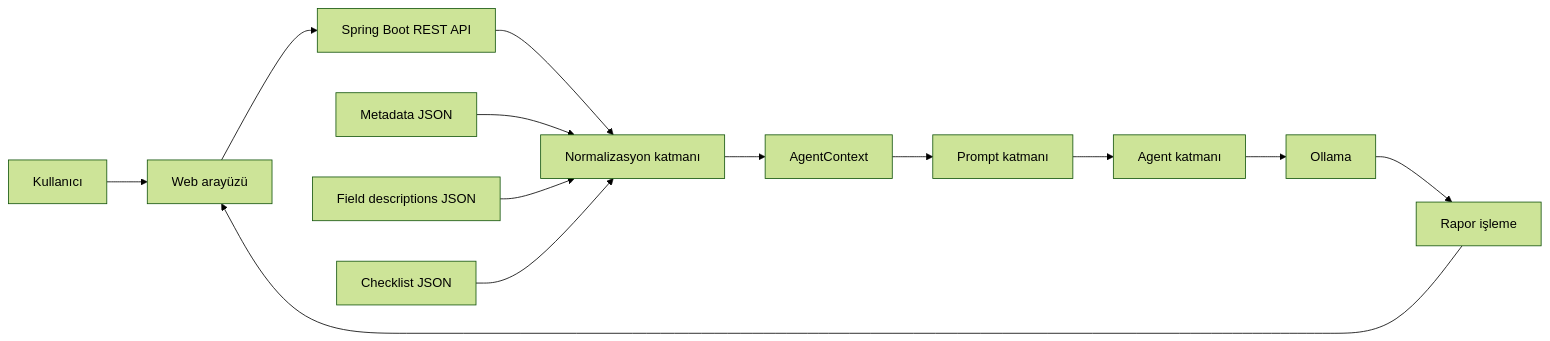
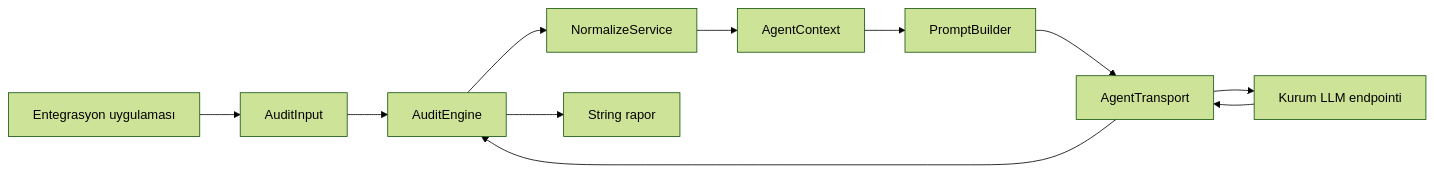
One commit to yusufduman78/Ai-Audit-Tool changed the first of 3 diagrams in docs/architecture/guncel_sistem_mimarisi.md. Above: the diagram before and after it, drawn with Mermaid (forest theme). The commit also changed other lines of this file and 17 other files, not shown here.

````diff
--- a/docs/architecture/guncel_sistem_mimarisi.md
+++ b/docs/architecture/guncel_sistem_mimarisi.md
@@ -38,16 +75,13 @@
 ```mermaid
 flowchart LR
-    U[Kullanıcı] --> UI[Web arayüzü]
-    UI --> API[Spring Boot REST API]
-    API --> N[Normalizasyon katmanı]
-    N --> C[AgentContext]
-    C --> P[Prompt katmanı]
-    P --> A[Agent katmanı]
-    A --> O[Ollama]
-    O --> R[Rapor işleme]
-    R --> UI
-
-    M[Metadata JSON] --> N
-    D[Field descriptions JSON] --> N
-    K[Checklist JSON] --> N
+    A[Entegrasyon uygulaması] --> B[AuditInput]
+    B --> C[AuditEngine]
+    C --> D[NormalizeService]
+    D --> E[AgentContext]
+    E --> F[PromptBuilder]
+    F --> G[AgentTransport]
+    G --> H[Kurum LLM endpointi]
+    H --> G
+    G --> C
+    C --> I[String rapor]
 ```
````
